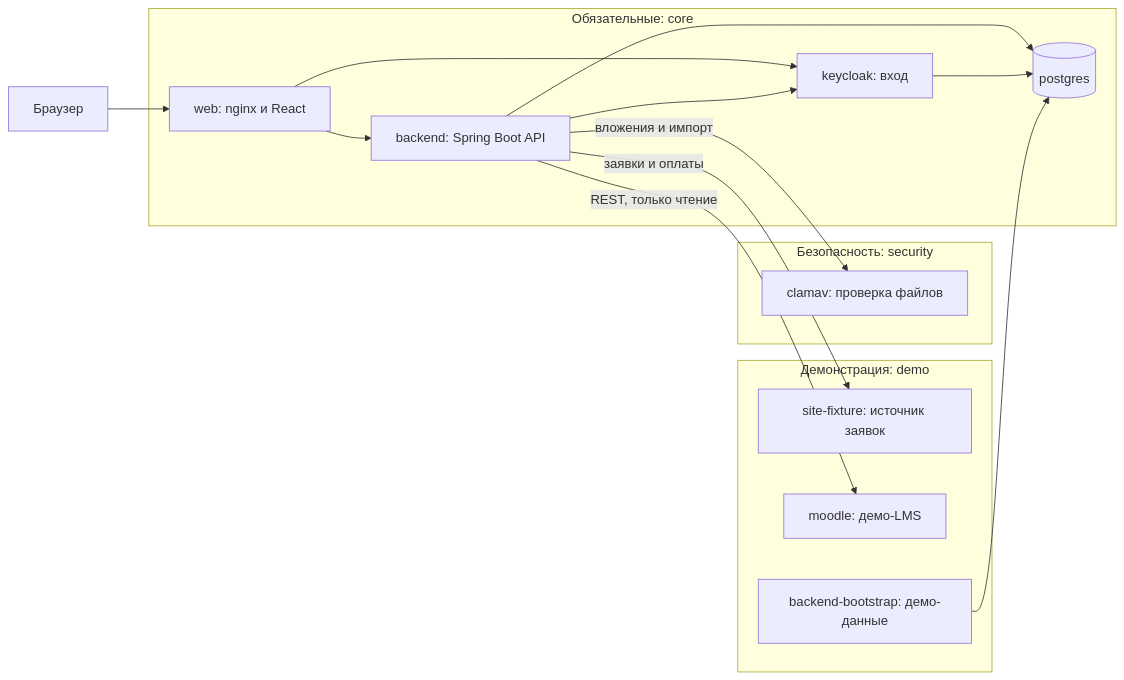
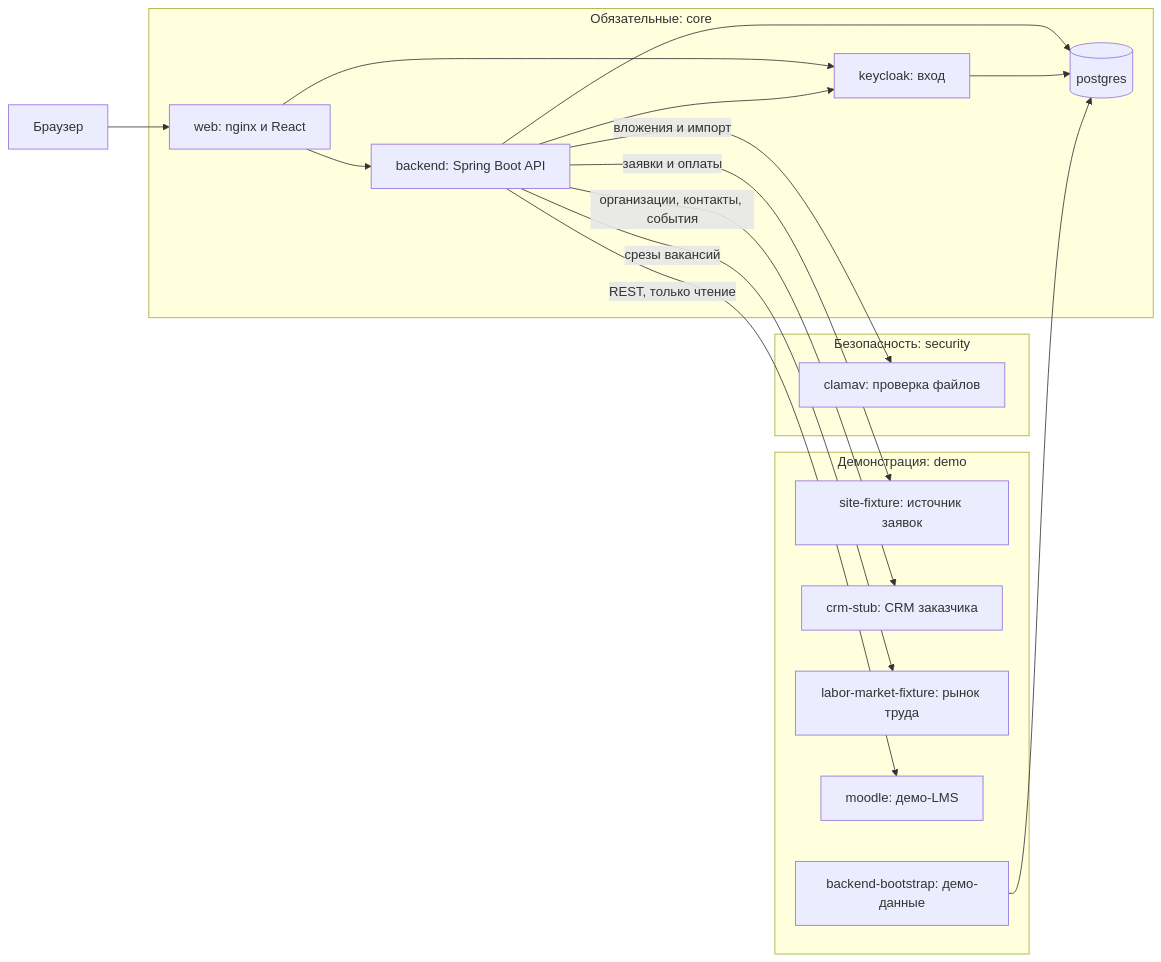
One commit to avrv1987/rtk-crm changed the diagram in README.md. Above: the diagram before and after it, drawn with Mermaid. The commit also changed other lines of this file and 538 other files, not shown here.

````diff
--- a/README.md
+++ b/README.md
@@ -22,27 +27,31 @@
 ```mermaid
 flowchart LR
     browser["Браузер"] --> web
     subgraph core ["Обязательные: core"]
         web["web: nginx и React"]
         backend["backend: Spring Boot API"]
         postgres[("postgres")]
         keycloak["keycloak: вход"]
     end
     subgraph security ["Безопасность: security"]
         clamav["clamav: проверка файлов"]
     end
     subgraph demo ["Демонстрация: demo"]
         fixture["site-fixture: источник заявок"]
+        crmstub["crm-stub: CRM заказчика"]
+        labor["labor-market-fixture: рынок труда"]
         moodle["moodle: демо-LMS"]
         bootstrap["backend-bootstrap: демо-данные"]
     end
     web --> backend
     web --> keycloak
     backend --> postgres
     backend --> keycloak
     keycloak --> postgres
     backend -->|"вложения и импорт"| clamav
     backend -->|"заявки и оплаты"| fixture
+    backend -->|"организации, контакты, события"| crmstub
+    backend -->|"срезы вакансий"| labor
     backend -->|"REST, только чтение"| moodle
     bootstrap --> postgres
 ```
````
